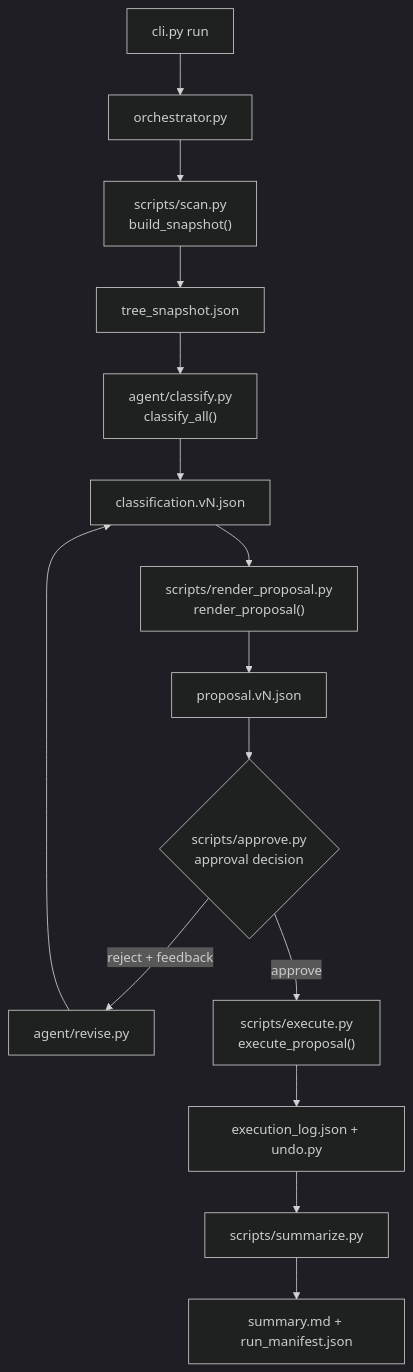
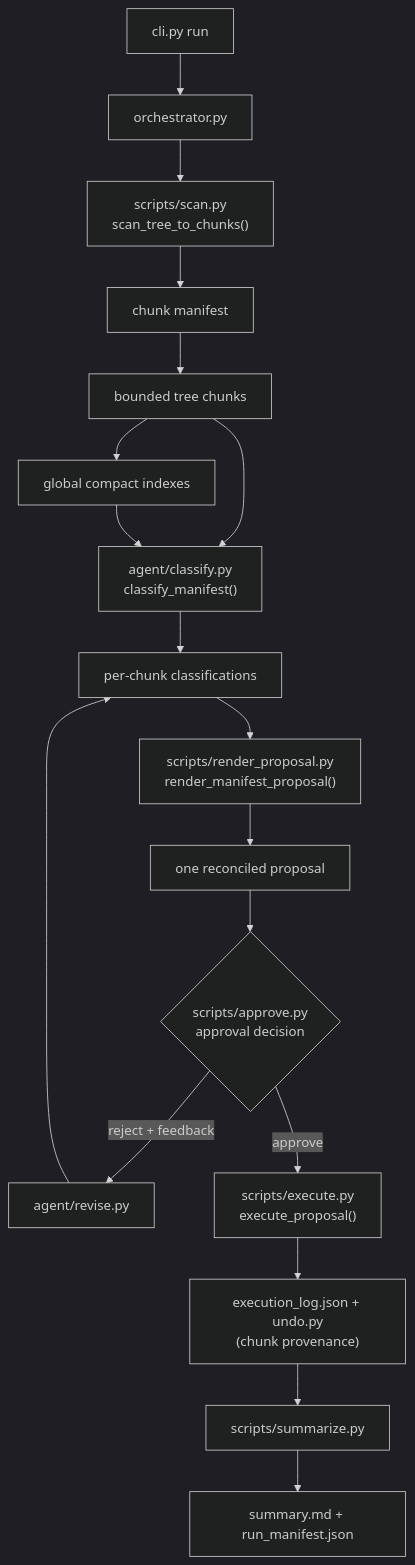
One commit to mgear2/nodecraft changed the first of 2 diagrams in docs/pipeline-dag.md. Above: the diagram before and after it, drawn with Mermaid (dark theme). The commit also changed other lines of this file, not shown here.

````diff
--- a/docs/pipeline-dag.md
+++ b/docs/pipeline-dag.md
@@ -6,17 +8,20 @@
 ```mermaid
 flowchart TD
     CLI["cli.py run"] --> ORCH["orchestrator.py"]
-    ORCH --> SCAN["scripts/scan.py<br/>build_snapshot()"]
-    SCAN --> SNAP["tree_snapshot.json"]
-    SNAP --> CLASSIFY["agent/classify.py<br/>classify_all()"]
-    CLASSIFY --> CL["classification.vN.json"]
-    CL --> RENDER["scripts/render_proposal.py<br/>render_proposal()"]
-    RENDER --> PROP["proposal.vN.json"]
+    ORCH --> SCAN["scripts/scan.py<br/>scan_tree_to_chunks()"]
+    SCAN --> MANIFEST["chunk manifest"]
+    MANIFEST --> CHUNKS["bounded tree chunks"]
+    CHUNKS --> INDEX["global compact indexes"]
+    CHUNKS --> CLASSIFY["agent/classify.py<br/>classify_manifest()"]
+    INDEX --> CLASSIFY
+    CLASSIFY --> CL["per-chunk classifications"]
+    CL --> RENDER["scripts/render_proposal.py<br/>render_manifest_proposal()"]
+    RENDER --> PROP["one reconciled proposal"]
     PROP --> APPROVE{"scripts/approve.py<br/>approval decision"}
     APPROVE -- "reject + feedback" --> REVISE["agent/revise.py"]
     REVISE --> CL
     APPROVE -- approve --> EXEC["scripts/execute.py<br/>execute_proposal()"]
-    EXEC --> LOG["execution_log.json + undo.py"]
+    EXEC --> LOG["execution_log.json + undo.py<br/>(chunk provenance)"]
     LOG --> SUMMARY["scripts/summarize.py"]
     SUMMARY --> OUT["summary.md + run_manifest.json"]
 ```
````
